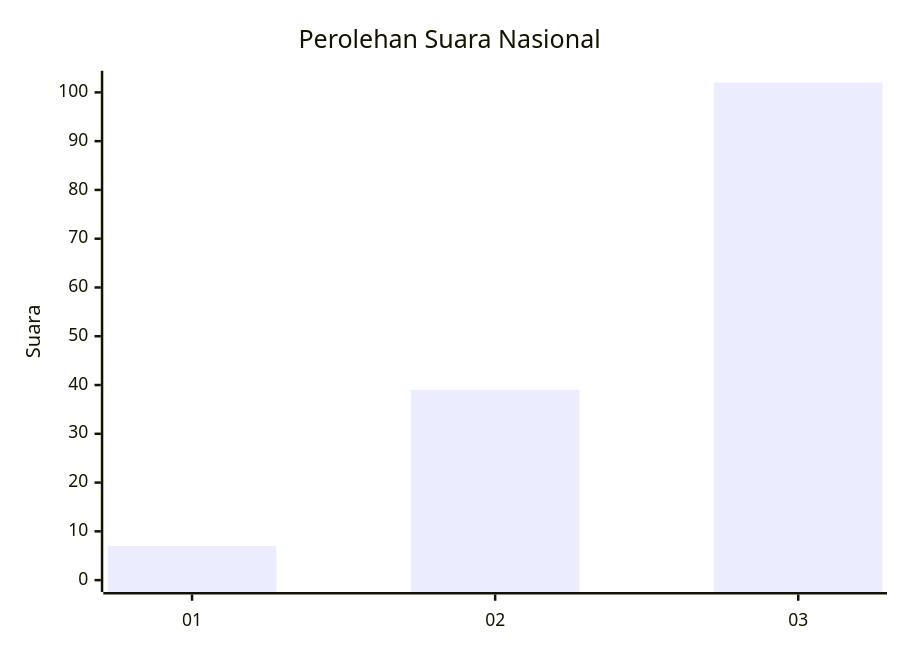
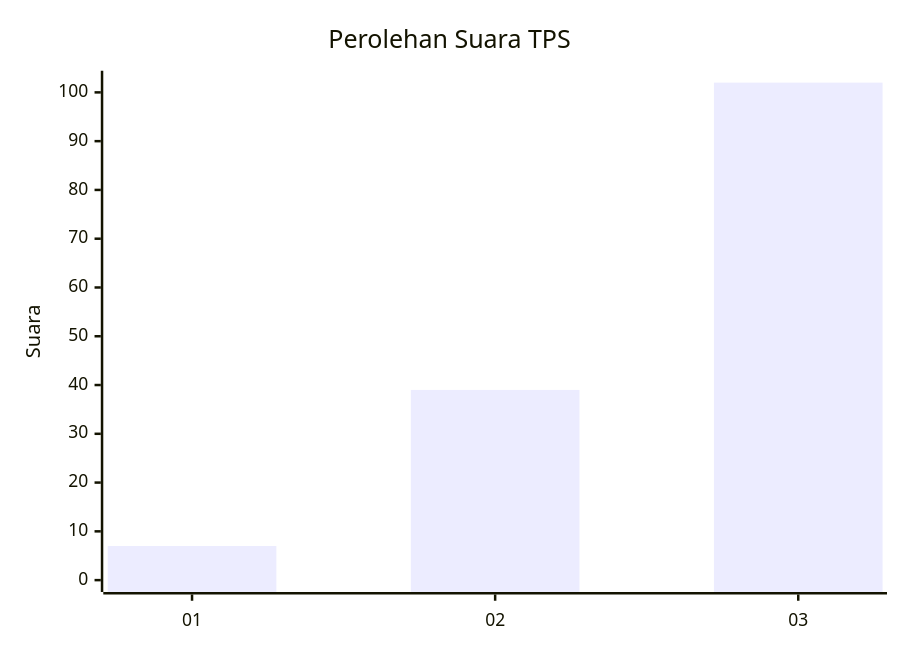
One commit to gigit-pemilu/pemilu-2024-92-papua-barat changed the first of 2 diagrams in pilpres/hitung-suara/sub/92-papua-barat/sub/07-teluk-wondama/sub/08-rasiei/sub/2002-torey/sub/002-tps/README.md. Above: the diagram before and after it, drawn with Mermaid. The commit also changed other lines of this file and 380 other files, not shown here.

````diff
--- a/pilpres/hitung-suara/sub/92-papua-barat/sub/07-teluk-wondama/sub/08-rasiei/sub/2002-torey/sub/002-tps/README.md
+++ b/pilpres/hitung-suara/sub/92-papua-barat/sub/07-teluk-wondama/sub/08-rasiei/sub/2002-torey/sub/002-tps/README.md
@@ -5,7 +5,7 @@
 ```mermaid
 xychart-beta
-    title "Perolehan Suara Nasional"
+    title "Perolehan Suara TPS"
     x-axis [01, 02, 03]
     y-axis "Suara" 0 --> 102
     bar [7, 39, 102]
 ```
````
